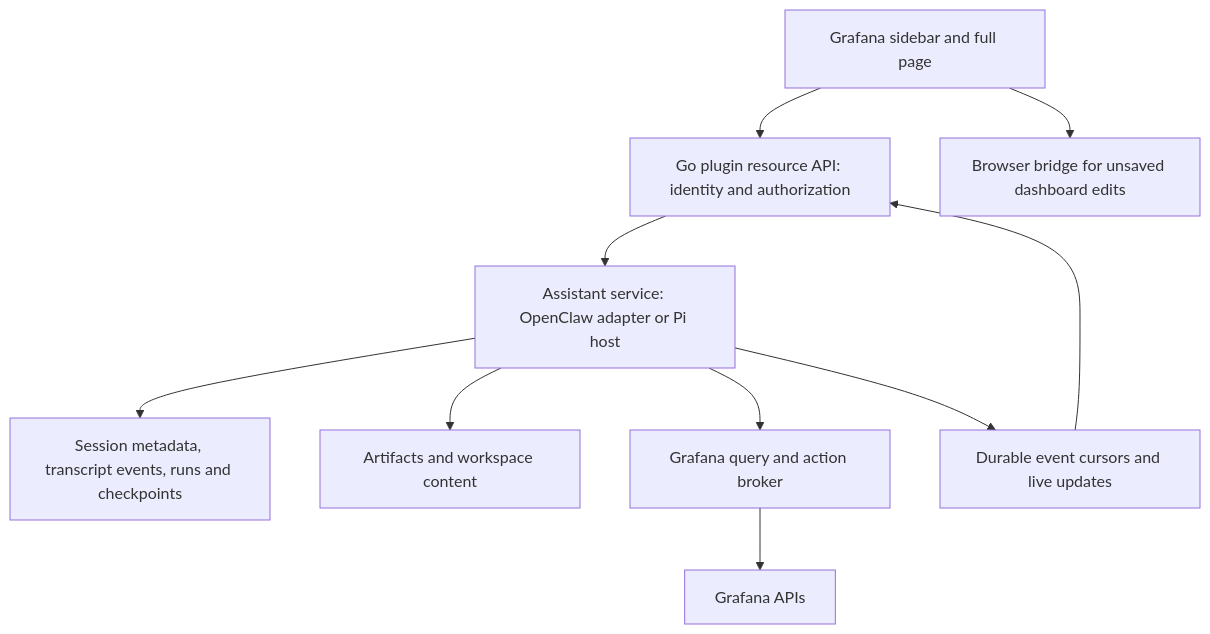
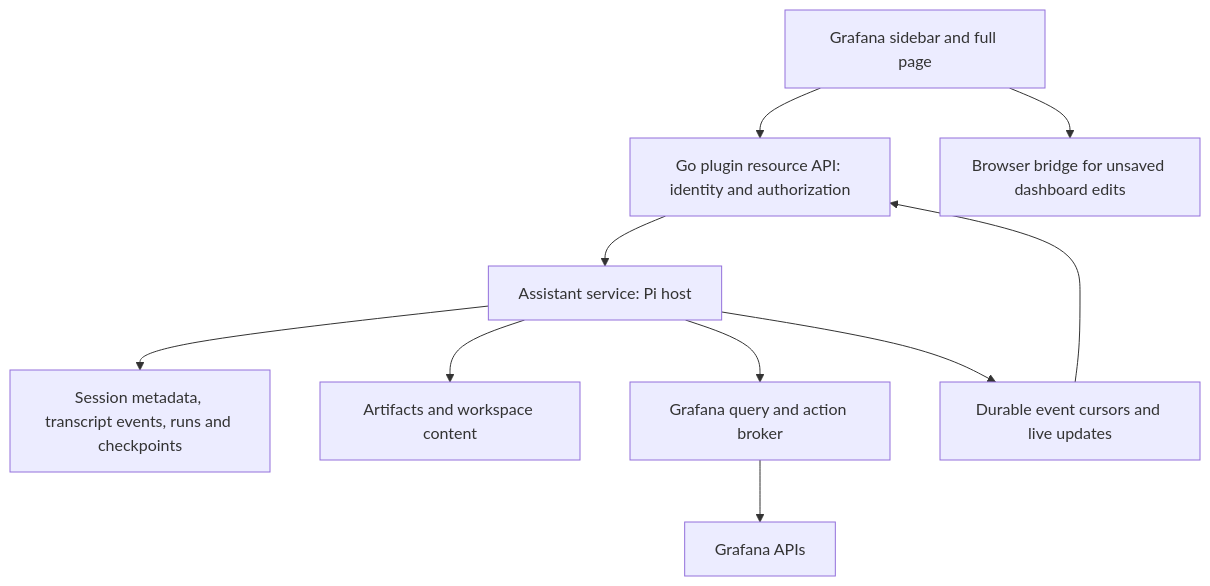
The diagram in docs/session-performance-and-persistence.md (elohmeier/grafana-pi-app), drawn with Mermaid before and after one commit. The commit also changed other lines of this file and 4 other files, not shown here.

First line of the commit message:
docs: drop the OpenClaw host pilot and keep the runtime on Pi

````diff
--- a/docs/session-performance-and-persistence.md
+++ b/docs/session-performance-and-persistence.md
@@ -384,12 +384,12 @@
 ```mermaid
 flowchart TD
   UI[Grafana sidebar and full page] --> API[Go plugin resource API: identity and authorization]
-  API --> HOST[Assistant service: OpenClaw adapter or Pi host]
+  API --> HOST[Assistant service: Pi host]
   HOST --> STORE[Session metadata, transcript events, runs and checkpoints]
   HOST --> BLOBS[Artifacts and workspace content]
   HOST --> BROKER[Grafana query and action broker]
   BROKER --> GF[Grafana APIs]
   HOST --> EVENTS[Durable event cursors and live updates]
   EVENTS --> API
   UI --> LIVE[Browser bridge for unsaved dashboard edits]
 ```
````
